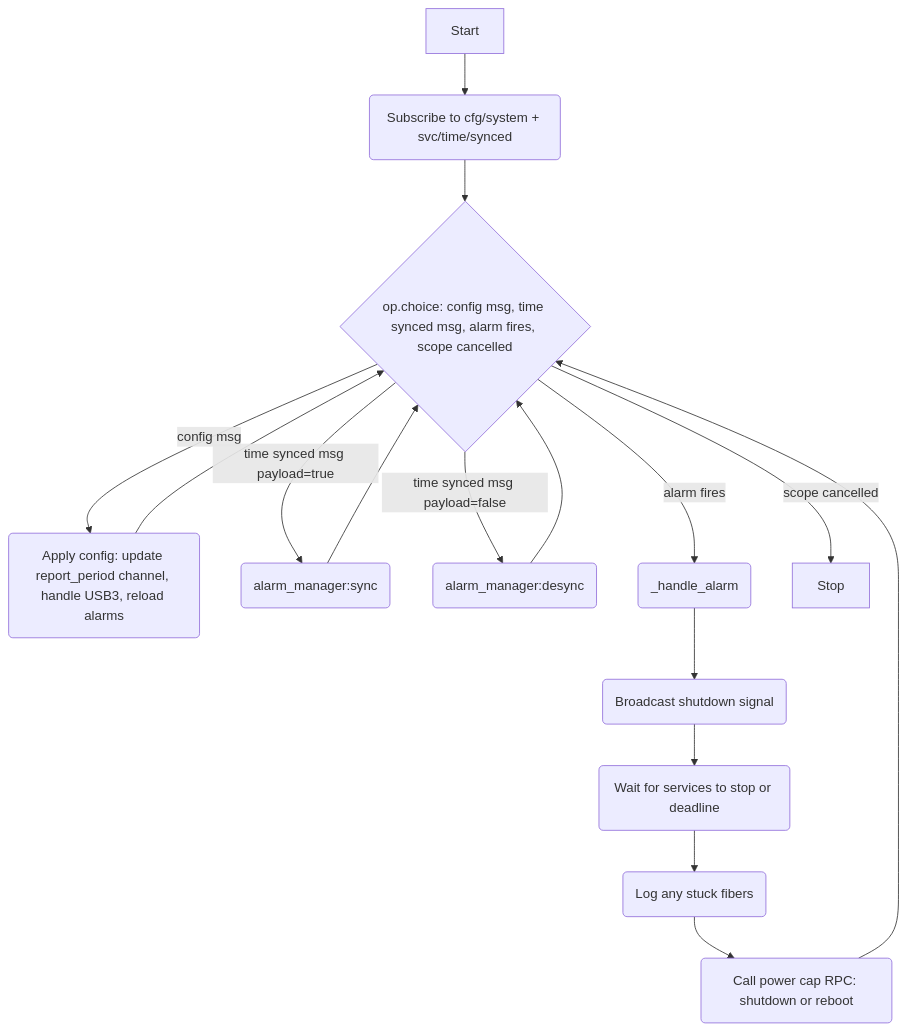
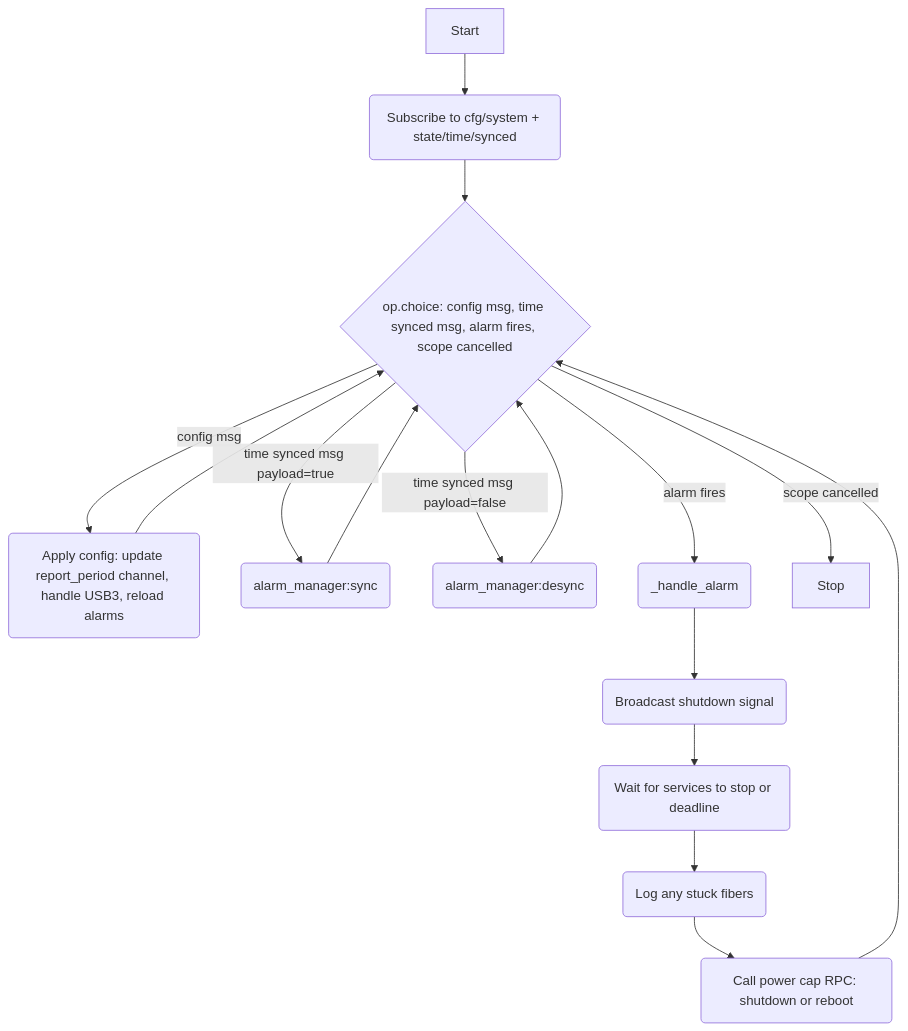
The first of 2 diagrams in docs/specs/system.md (jangala-dev/devicecode-lua), drawn with Mermaid before and after one commit. The commit also changed other lines of this file and 1 other file, not shown here.

Commit message:
Refactor topic naming for state and shutdown control in system service

````diff
--- a/docs/specs/system.md
+++ b/docs/specs/system.md
@@ -119,18 +119,18 @@
 ```mermaid
 flowchart TD
-  St[Start] --> A(Subscribe to cfg/system + svc/time/synced)
+  St[Start] --> A(Subscribe to cfg/system + state/time/synced)
   A --> B{op.choice: config msg, time synced msg, alarm fires, scope cancelled}
   B -->|config msg| C(Apply config: update report_period channel, handle USB3, reload alarms)
   C --> B
   B -->|time synced msg payload=true| D(alarm_manager:sync)
   D --> B
   B -->|time synced msg payload=false| E(alarm_manager:desync)
   E --> B
   B -->|alarm fires| F(_handle_alarm)
   F --> G(Broadcast shutdown signal)
   G --> H(Wait for services to stop or deadline)
   H --> I(Log any stuck fibers)
   I --> J(Call power cap RPC: shutdown or reboot)
   J --> B
   B -->|scope cancelled| En[Stop]
 ```
````
